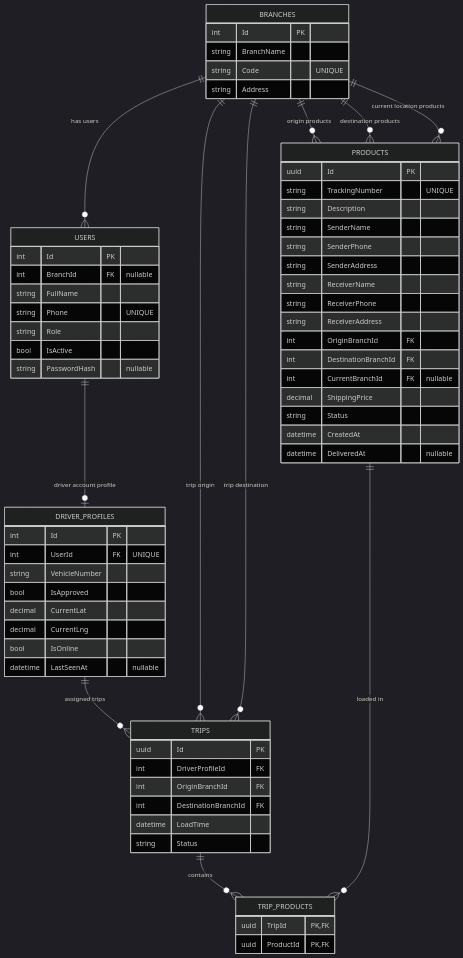
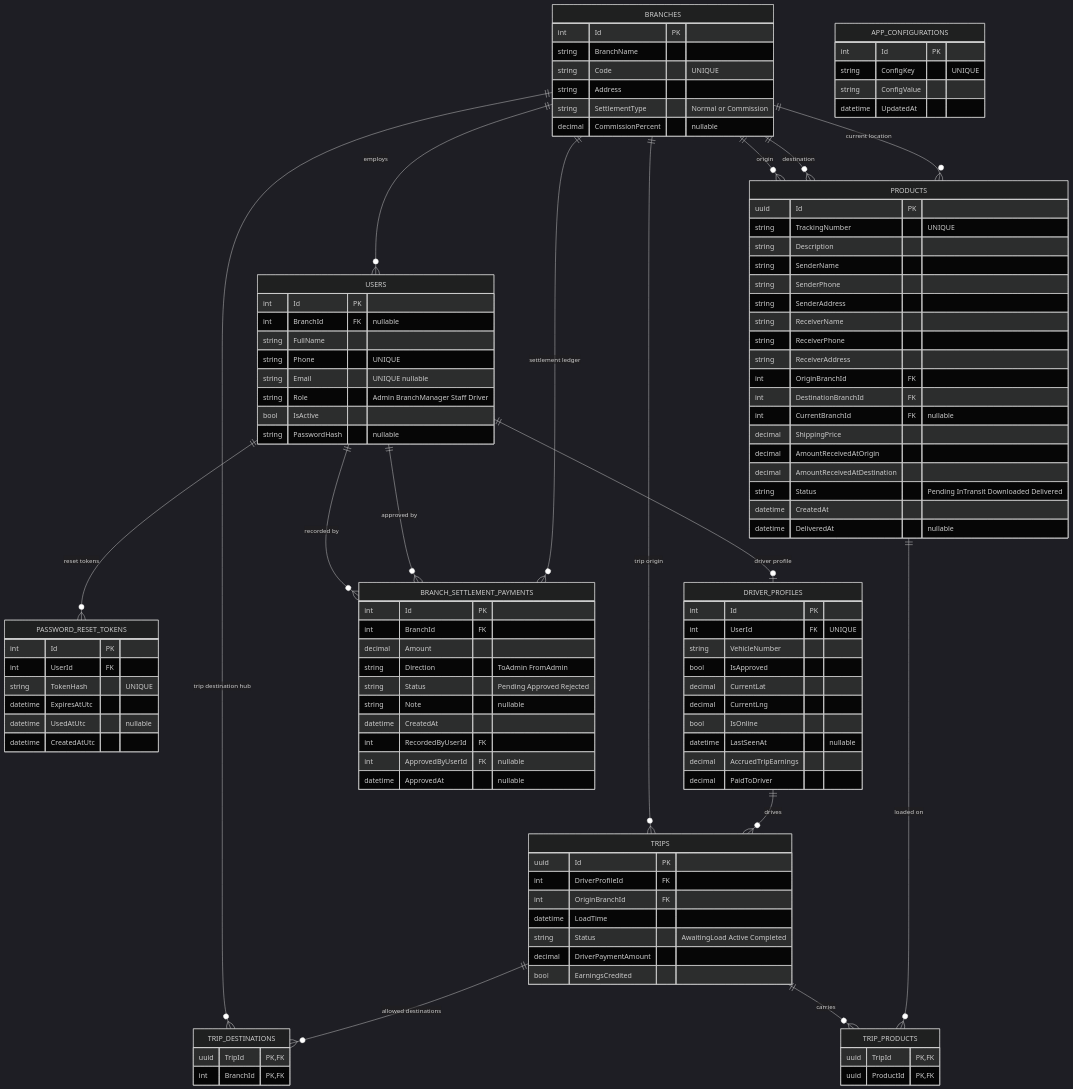
Before and after one commit to jayedulhaque/Transport_Logistics_System: the second of 4 diagrams in README.md, drawn with Mermaid (dark theme). The commit also changed other lines of this file and 11 other files, not shown here.

Commit message:
branch Payment approval and customer info added with readme file update

````diff
--- a/README.md
+++ b/README.md
@@ -64,6 +64,8 @@
         string BranchName
         string Code "UNIQUE"
         string Address
+        string SettlementType "Normal or Commission"
+        decimal CommissionPercent "nullable"
     }
 
     USERS {
@@ -71,9 +73,19 @@
         int BranchId FK "nullable"
         string FullName
         string Phone "UNIQUE"
-        string Role
+        string Email "UNIQUE nullable"
+        string Role "Admin BranchManager Staff Driver"
         bool IsActive
         string PasswordHash "nullable"
+    }
+
+    PASSWORD_RESET_TOKENS {
+        int Id PK
+        int UserId FK
+        string TokenHash "UNIQUE"
+        datetime ExpiresAtUtc
+        datetime UsedAtUtc "nullable"
+        datetime CreatedAtUtc
     }
 
     DRIVER_PROFILES {
@@ -85,6 +97,8 @@
         decimal CurrentLng
         bool IsOnline
         datetime LastSeenAt "nullable"
+        decimal AccruedTripEarnings
+        decimal PaidToDriver
     }
 
     PRODUCTS {
@@ -101,7 +115,9 @@
         int DestinationBranchId FK
         int CurrentBranchId FK "nullable"
         decimal ShippingPrice
-        string Status
+        decimal AmountReceivedAtOrigin
+        decimal AmountReceivedAtDestination
+        string Status "Pending InTransit Downloaded Delivered"
         datetime CreatedAt
         datetime DeliveredAt "nullable"
     }
@@ -110,9 +126,15 @@
         uuid Id PK
         int DriverProfileId FK
         int OriginBranchId FK
-        int DestinationBranchId FK
         datetime LoadTime
-        string Status
+        string Status "AwaitingLoad Active Completed"
+        decimal DriverPaymentAmount
+        bool EarningsCredited
+    }
+
+    TRIP_DESTINATIONS {
+        uuid TripId PK,FK
+        int BranchId PK,FK
     }
 
     TRIP_PRODUCTS {
@@ -120,17 +142,42 @@
         uuid ProductId PK,FK
     }
 
-    BRANCHES ||--o{ USERS : "has users"
-    USERS ||--o| DRIVER_PROFILES : "driver account profile"
+    BRANCH_SETTLEMENT_PAYMENTS {
+        int Id PK
+        int BranchId FK
+        decimal Amount
+        string Direction "ToAdmin FromAdmin"
+        string Status "Pending Approved Rejected"
+        string Note "nullable"
+        datetime CreatedAt
+        int RecordedByUserId FK
+        int ApprovedByUserId FK "nullable"
+        datetime ApprovedAt "nullable"
+    }
 
-    BRANCHES ||--o{ PRODUCTS : "origin products"
-    BRANCHES ||--o{ PRODUCTS : "destination products"
-    BRANCHES ||--o{ PRODUCTS : "current location products"
+    APP_CONFIGURATIONS {
+        int Id PK
+        string ConfigKey "UNIQUE"
+        string ConfigValue
+        datetime UpdatedAt
+    }
 
-    DRIVER_PROFILES ||--o{ TRIPS : "assigned trips"
+    BRANCHES ||--o{ USERS : "employs"
+    USERS ||--o| DRIVER_PROFILES : "driver profile"
+    USERS ||--o{ PASSWORD_RESET_TOKENS : "reset tokens"
+    USERS ||--o{ BRANCH_SETTLEMENT_PAYMENTS : "recorded by"
+    USERS ||--o{ BRANCH_SETTLEMENT_PAYMENTS : "approved by"
+
+    BRANCHES ||--o{ PRODUCTS : "origin"
+    BRANCHES ||--o{ PRODUCTS : "destination"
+    BRANCHES ||--o{ PRODUCTS : "current location"
     BRANCHES ||--o{ TRIPS : "trip origin"
-    BRANCHES ||--o{ TRIPS : "trip destination"
+    BRANCHES ||--o{ TRIP_DESTINATIONS : "trip destination hub"
+    BRANCHES ||--o{ BRANCH_SETTLEMENT_PAYMENTS : "settlement ledger"
 
-    TRIPS ||--o{ TRIP_PRODUCTS : "contains"
-    PRODUCTS ||--o{ TRIP_PRODUCTS : "loaded in"
+    DRIVER_PROFILES ||--o{ TRIPS : "drives"
+
+    TRIPS ||--o{ TRIP_DESTINATIONS : "allowed destinations"
+    TRIPS ||--o{ TRIP_PRODUCTS : "carries"
+    PRODUCTS ||--o{ TRIP_PRODUCTS : "loaded on"
 ```
````
